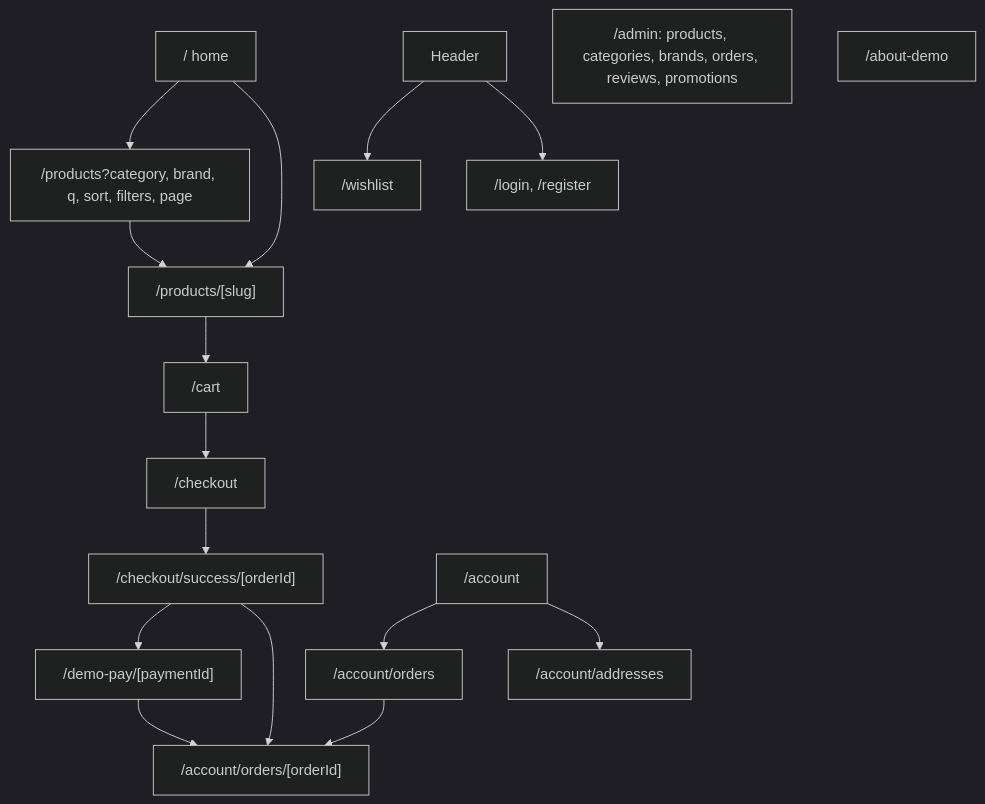
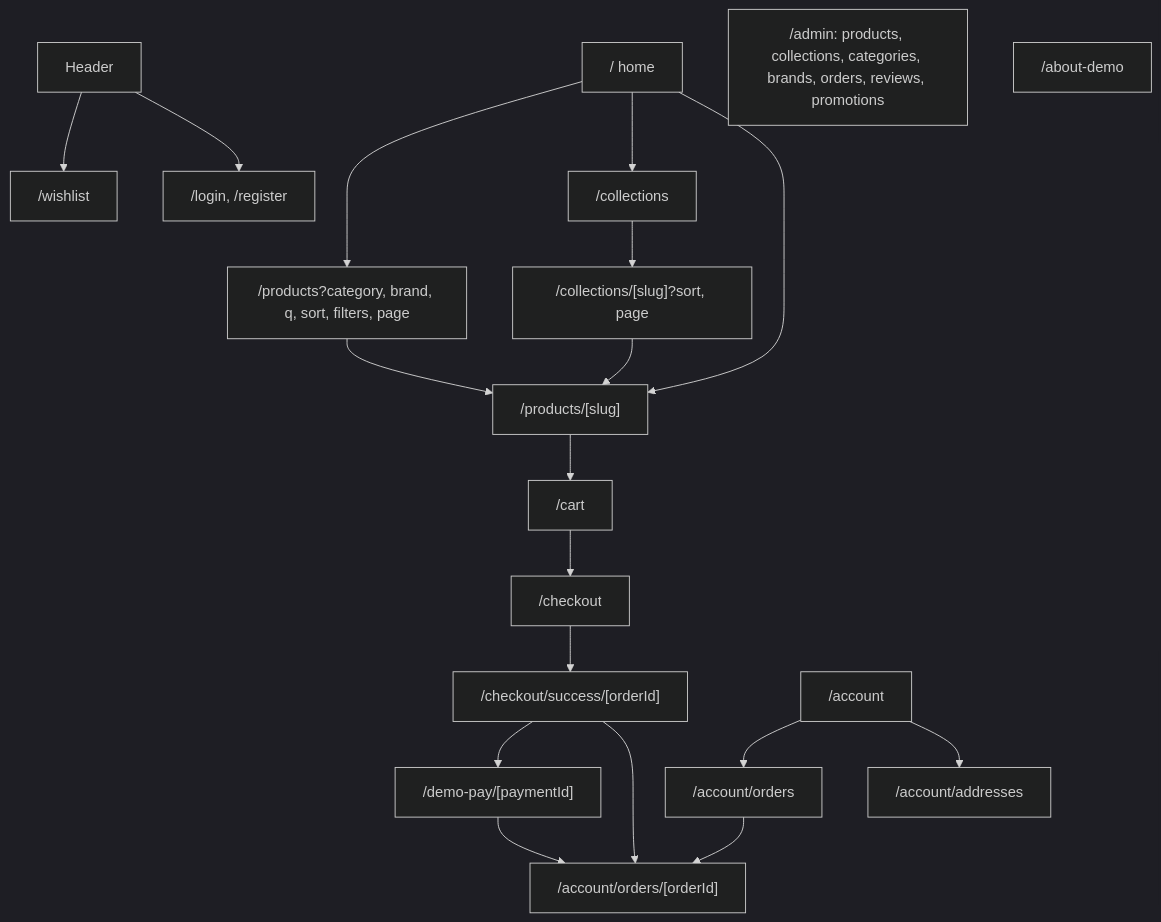
One commit to misu2tdt/ecommerce-frontend changed the third of 4 diagrams in README.md. Above: the diagram before and after it, drawn with Mermaid (dark theme). The commit also changed other lines of this file and 46 other files, not shown here.

Commit message:
feat: collection pages, admin management and a real featured collection

````diff
--- a/README.md
+++ b/README.md
@@ -76,18 +76,19 @@
 ```mermaid
 flowchart TD
   Home["/ home"] --> Catalog["/products?category, brand, q, sort, filters, page"]
+  Home --> Collections["/collections"] --> Collection["/collections/[slug]?sort, page"] --> Product
   Catalog --> Product["/products/[slug]"]
   Home --> Product
   Product --> Cart["/cart"]
   Cart --> Checkout["/checkout"]
   Checkout --> Placed["/checkout/success/[orderId]"]
   Placed --> Pay["/demo-pay/[paymentId]"]
   Pay --> Order["/account/orders/[orderId]"]
   Placed --> Order
   Account["/account"] --> History["/account/orders"] --> Order
   Account --> Addresses["/account/addresses"]
   Header["Header"] --> Wishlist["/wishlist"]
   Header --> Login["/login, /register"]
-  Staff["/admin: products, categories, brands, orders, reviews, promotions"]
+  Staff["/admin: products, collections, categories, brands, orders, reviews, promotions"]
   About["/about-demo"]
 ```
````
